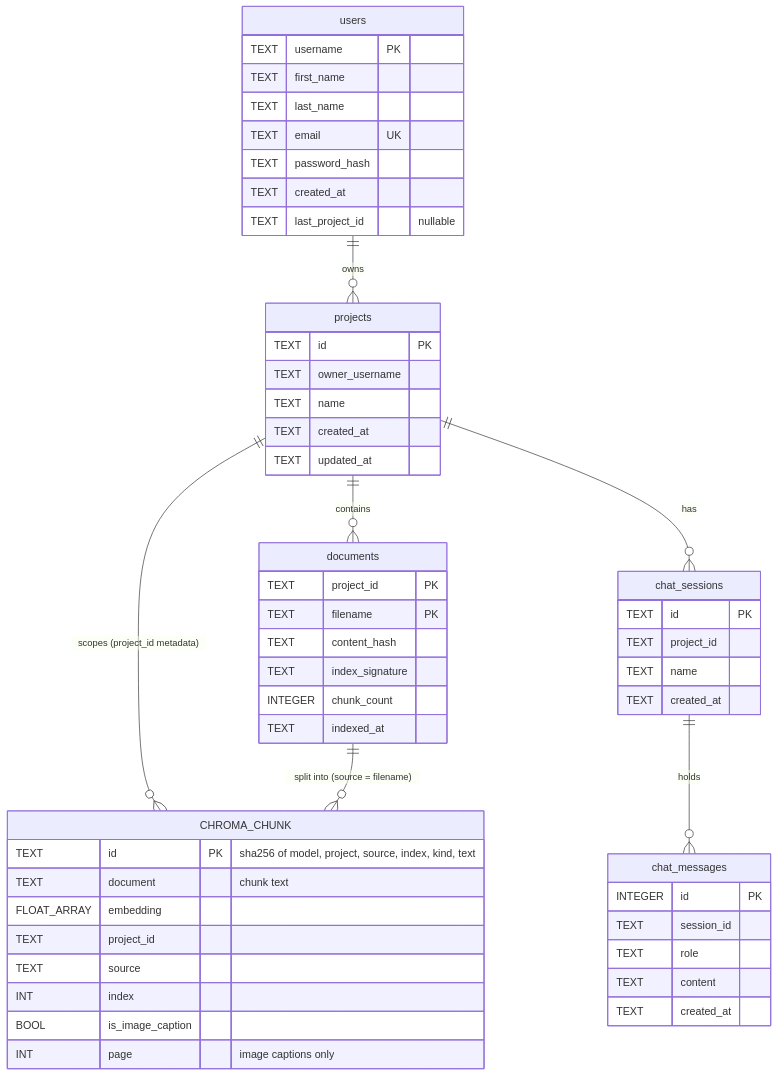
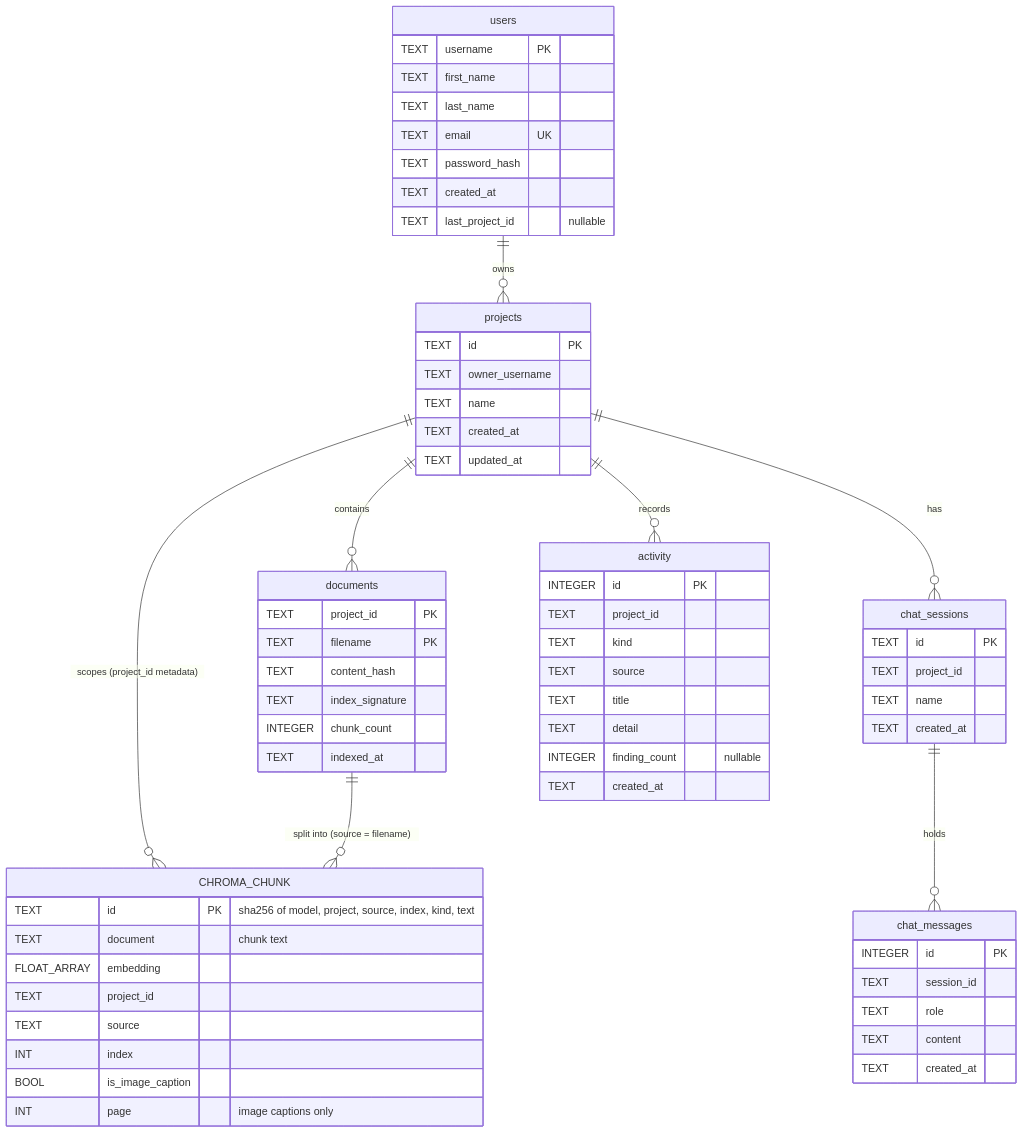
Before and after one commit to hisajwan/Developer-Onboarding-System: the diagram in docs/database.md, drawn with Mermaid. The commit also changed other lines of this file and 90 other files, not shown here.

````diff
--- a/docs/database.md
+++ b/docs/database.md
@@ -19,57 +19,68 @@
 ```mermaid
 erDiagram
     users ||--o{ projects : owns
     projects ||--o{ documents : contains
     projects ||--o{ chat_sessions : has
     chat_sessions ||--o{ chat_messages : holds
+    projects ||--o{ activity : records
     projects ||--o{ CHROMA_CHUNK : "scopes (project_id metadata)"
     documents ||--o{ CHROMA_CHUNK : "split into (source = filename)"
 
     users {
         TEXT username PK
         TEXT first_name
         TEXT last_name
         TEXT email UK
         TEXT password_hash
         TEXT created_at
         TEXT last_project_id "nullable"
     }
     projects {
         TEXT id PK
         TEXT owner_username
         TEXT name
         TEXT created_at
         TEXT updated_at
     }
     documents {
         TEXT project_id PK
         TEXT filename PK
         TEXT content_hash
         TEXT index_signature
         INTEGER chunk_count
         TEXT indexed_at
     }
     chat_sessions {
         TEXT id PK
         TEXT project_id
         TEXT name
         TEXT created_at
     }
     chat_messages {
         INTEGER id PK
         TEXT session_id
         TEXT role
         TEXT content
         TEXT created_at
     }
+    activity {
+        INTEGER id PK
+        TEXT project_id
+        TEXT kind
+        TEXT source
+        TEXT title
+        TEXT detail
+        INTEGER finding_count "nullable"
+        TEXT created_at
+    }
     CHROMA_CHUNK {
         TEXT id PK "sha256 of model, project, source, index, kind, text"
         TEXT document "chunk text"
         FLOAT_ARRAY embedding
         TEXT project_id
         TEXT source
         INT index
         BOOL is_image_caption
         INT page "image captions only"
     }
 ```
````
